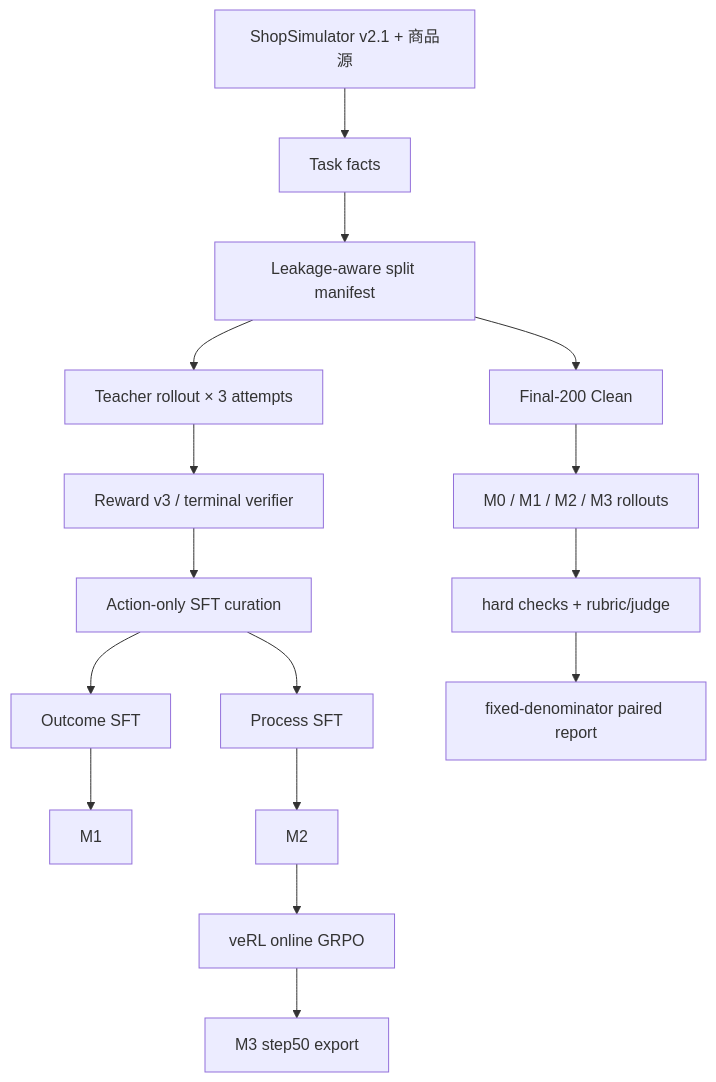
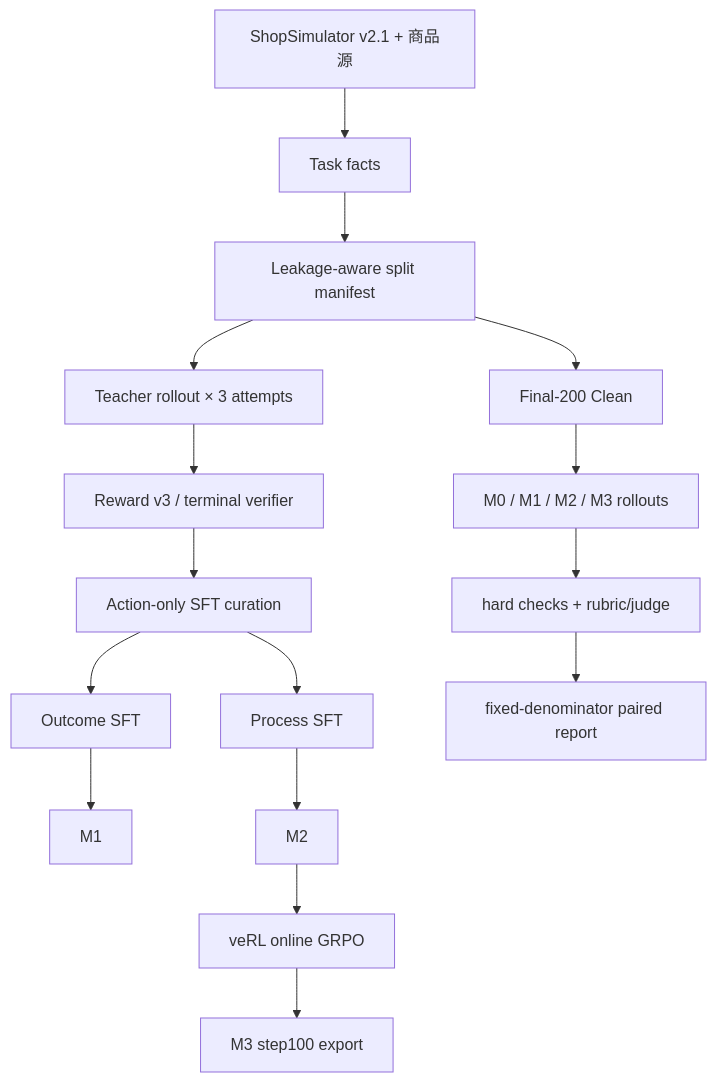
The diagram in docs/architecture.md (yertlee/shopping-grpo-longhorizon), drawn with Mermaid before and after one commit. The commit also changed 11 other files, not shown here.

````diff
--- a/docs/architecture.md
+++ b/docs/architecture.md
@@ -9,18 +9,18 @@
 ```mermaid
 flowchart TD
   S[ShopSimulator v2.1 + 商品源] --> F[Task facts]
   F --> L[Leakage-aware split manifest]
   L --> T[Teacher rollout × 3 attempts]
   T --> V[Reward v3 / terminal verifier]
   V --> Q[Action-only SFT curation]
   Q --> O[Outcome SFT]
   Q --> P[Process SFT]
   O --> M1[M1]
   P --> M2[M2]
   M2 --> G[veRL online GRPO]
-  G --> M3[M3 step50 export]
+  G --> M3[M3 step100 export]
   L --> E[Final-200 Clean]
   E --> R[M0 / M1 / M2 / M3 rollouts]
   R --> J[hard checks + rubric/judge]
   J --> C[fixed-denominator paired report]
 ```
````
